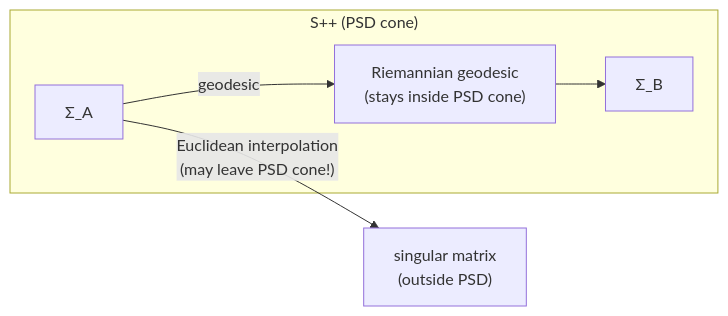
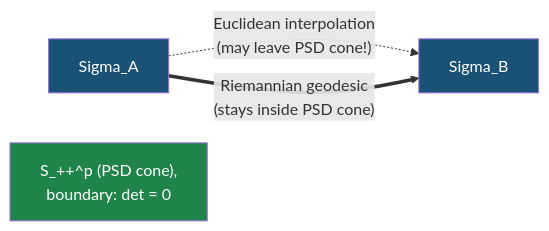
One commit to xRyann2255/ML-GS changed the seventh of 7 diagrams in vol-learning-guide/markdown/ch14-multivariate-volatility.md. Above: the diagram before and after it, drawn with Mermaid. The commit also changed other lines of this file and 10 other files, not shown here.

Commit message:
docs(vol-guide): regenerate markdown mirrors after diagram audit (ch10 taxonomy + ch03 decision-tree semantic; 9 re-layout refreshes)

````diff
--- a/vol-learning-guide/markdown/ch14-multivariate-volatility.md
+++ b/vol-learning-guide/markdown/ch14-multivariate-volatility.md
@@ -594,10 +406,9 @@
 ```mermaid
-graph LR
-    subgraph PSD["S++ (PSD cone)"]
-        SA["Σ_A"]
-        SB["Σ_B"]
-        GEO["Riemannian geodesic\n(stays inside PSD cone)"]
-    end
-    SA -->|"Euclidean interpolation\n(may leave PSD cone!)"| BAD["singular matrix\n(outside PSD)"]
-    SA -->|geodesic| GEO --> SB
+flowchart LR
+    SA["Sigma_A"] -.->|"Euclidean interpolation<br/>(may leave PSD cone!)"| SB["Sigma_B"]
+    SA ==>|"Riemannian geodesic<br/>(stays inside PSD cone)"| SB
+    cone["S_++^p (PSD cone),<br/>boundary: det = 0"]
+    style SA fill:#1a5276,color:#fff
+    style SB fill:#1a5276,color:#fff
+    style cone fill:#1e8449,color:#fff
 ```
````
